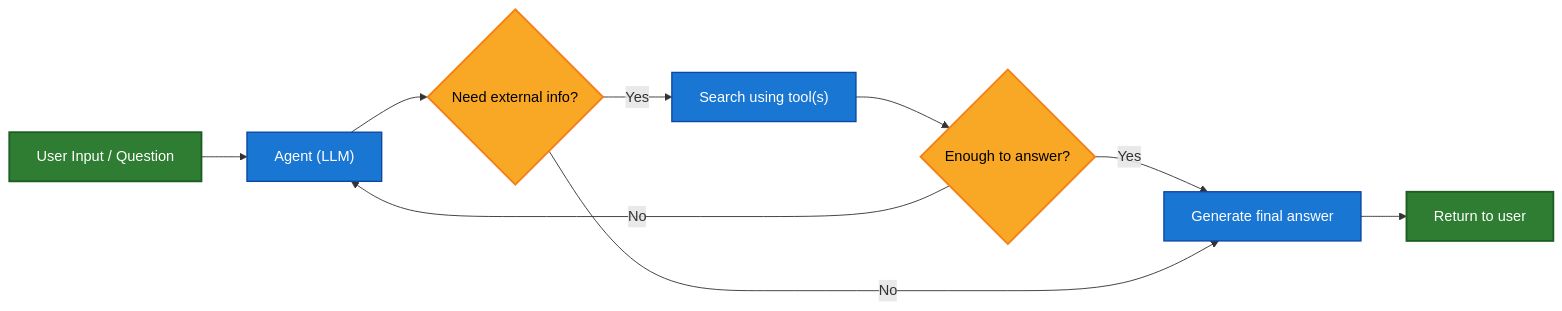
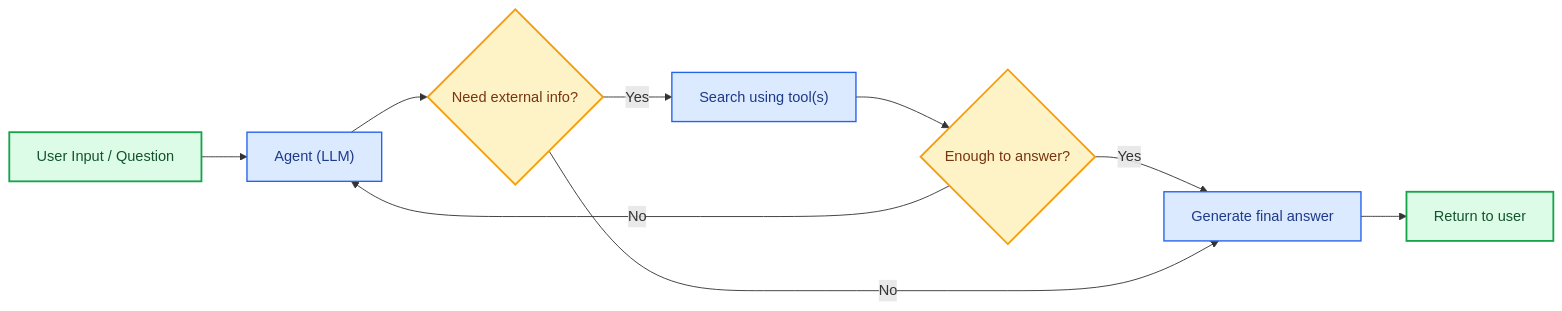
The third of 4 diagrams in build/oss/javascript/langchain/retrieval.mdx (bansalkanav/docs), drawn with Mermaid before and after one commit. The commit also changed other lines of this file and 2887 other files, not shown here.

````diff
--- a/build/oss/javascript/langchain/retrieval.mdx
+++ b/build/oss/javascript/langchain/retrieval.mdx
@@ -159,20 +169,20 @@
 ```mermaid
 graph LR
     A[User Input / Question] --> B["Agent (LLM)"]
     B --> C{Need external info?}
     C -- Yes --> D["Search using tool(s)"]
     D --> H{Enough to answer?}
     H -- No --> B
     H -- Yes --> I[Generate final answer]
     C -- No --> I
     I --> J[Return to user]
 
     %% Dark-mode friendly styling
-    classDef startend fill:#2e7d32,stroke:#1b5e20,stroke-width:2px,color:#fff
-    classDef decision fill:#f9a825,stroke:#f57f17,stroke-width:2px,color:#000
-    classDef process fill:#1976d2,stroke:#0d47a1,stroke-width:1.5px,color:#fff
+    classDef startend fill:#DCFCE7,stroke:#16A34A,stroke-width:2px,color:#14532D
+    classDef decision fill:#FEF3C7,stroke:#F59E0B,stroke-width:2px,color:#78350F
+    classDef process fill:#DBEAFE,stroke:#2563EB,stroke-width:1.5px,color:#1E3A8A
 
     class A,J startend
     class B,D,I process
     class C,H decision
 ```
````
